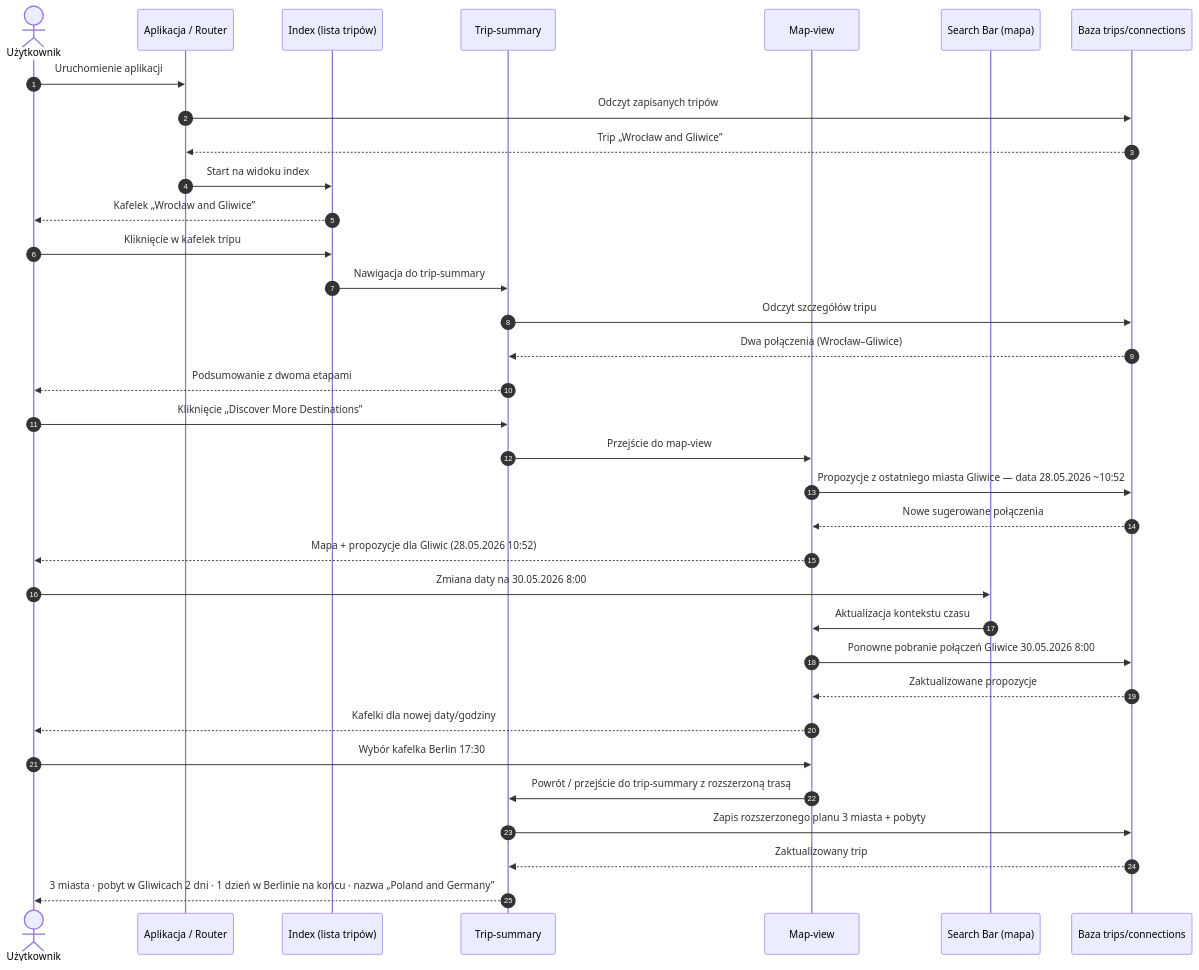
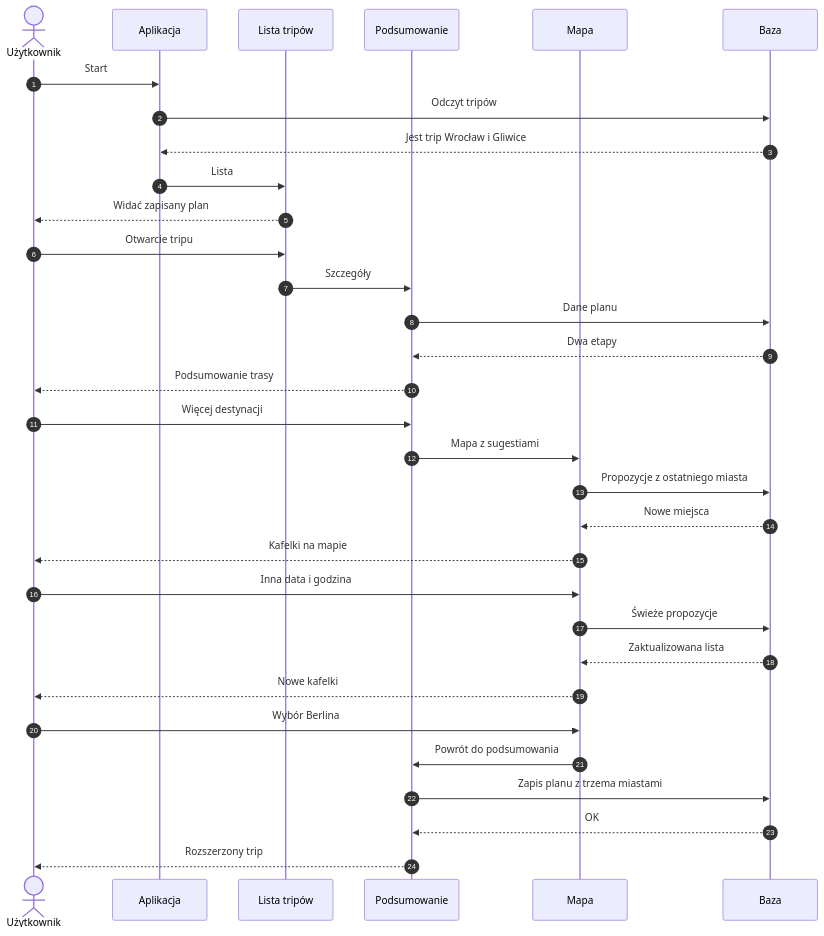
One commit to Skiperpol/frontend-briskly changed the fifth of 5 diagrams in README.md. Above: the diagram before and after it, drawn with Mermaid.

Commit message:
refactor: Simplify and clarify sequence diagrams in README.md, improving participant labels and flow descriptions

````diff
--- a/README.md
+++ b/README.md
@@ -462,41 +462,39 @@
 ```mermaid
 sequenceDiagram
     autonumber
     actor U as Użytkownik
-    participant App as Aplikacja / Router
-    participant Idx as Index (lista tripów)
-    participant Sum as Trip-summary
-    participant Map as Map-view
-    participant Sch as Search Bar (mapa)
-    participant DB as Baza trips/connections
+    participant App as Aplikacja
+    participant Idx as Lista tripów
+    participant Sum as Podsumowanie
+    participant Map as Mapa
+    participant DB as Baza
 
-    U->>App: Uruchomienie aplikacji
-    App->>DB: Odczyt zapisanych tripów
-    DB-->>App: Trip „Wrocław and Gliwice”
-    App->>Idx: Start na widoku index
-    Idx-->>U: Kafelek „Wrocław and Gliwice”
+    U->>App: Start
+    App->>DB: Odczyt tripów
+    DB-->>App: Jest trip Wrocław i Gliwice
+    App->>Idx: Lista
+    Idx-->>U: Widać zapisany plan
 
-    U->>Idx: Kliknięcie w kafelek tripu
-    Idx->>Sum: Nawigacja do trip-summary
-    Sum->>DB: Odczyt szczegółów tripu
-    DB-->>Sum: Dwa połączenia (Wrocław–Gliwice)
-    Sum-->>U: Podsumowanie z dwoma etapami
+    U->>Idx: Otwarcie tripu
+    Idx->>Sum: Szczegóły
+    Sum->>DB: Dane planu
+    DB-->>Sum: Dwa etapy
+    Sum-->>U: Podsumowanie trasy
 
-    U->>Sum: Kliknięcie „Discover More Destinations”
-    Sum->>Map: Przejście do map-view
-    Map->>DB: Propozycje z ostatniego miasta Gliwice — data 28.05.2026 ~10:52
-    DB-->>Map: Nowe sugerowane połączenia
-    Map-->>U: Mapa + propozycje dla Gliwic (28.05.2026 10:52)
+    U->>Sum: Więcej destynacji
+    Sum->>Map: Mapa z sugestiami
+    Map->>DB: Propozycje z ostatniego miasta
+    DB-->>Map: Nowe miejsca
+    Map-->>U: Kafelki na mapie
 
-    U->>Sch: Zmiana daty na 30.05.2026 8:00
-    Sch->>Map: Aktualizacja kontekstu czasu
-    Map->>DB: Ponowne pobranie połączeń Gliwice 30.05.2026 8:00
-    DB-->>Map: Zaktualizowane propozycje
-    Map-->>U: Kafelki dla nowej daty/godziny
+    U->>Map: Inna data i godzina
+    Map->>DB: Świeże propozycje
+    DB-->>Map: Zaktualizowana lista
+    Map-->>U: Nowe kafelki
 
-    U->>Map: Wybór kafelka Berlin 17:30
-    Map->>Sum: Powrót / przejście do trip-summary z rozszerzoną trasą
-    Sum->>DB: Zapis rozszerzonego planu 3 miasta + pobyty
-    DB-->>Sum: Zaktualizowany trip
-    Sum-->>U: 3 miasta · pobyt w Gliwicach 2 dni · 1 dzień w Berlinie na końcu · nazwa „Poland and Germany”
+    U->>Map: Wybór Berlina
+    Map->>Sum: Powrót do podsumowania
+    Sum->>DB: Zapis planu z trzema miastami
+    DB-->>Sum: OK
+    Sum-->>U: Rozszerzony trip
 ```
````
